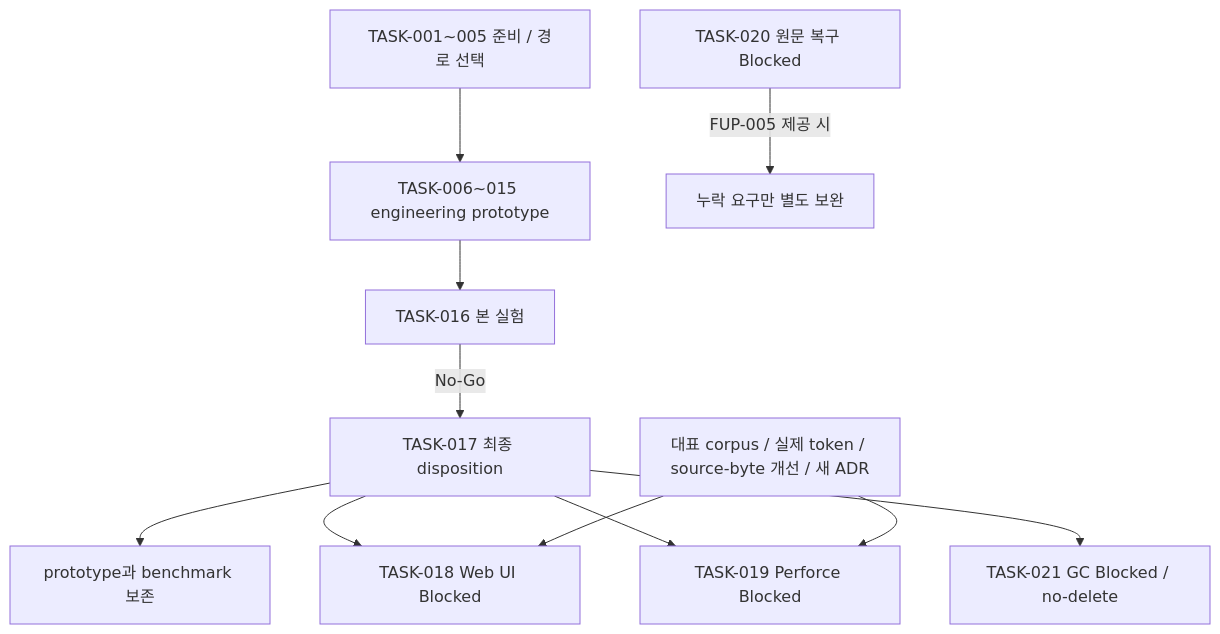
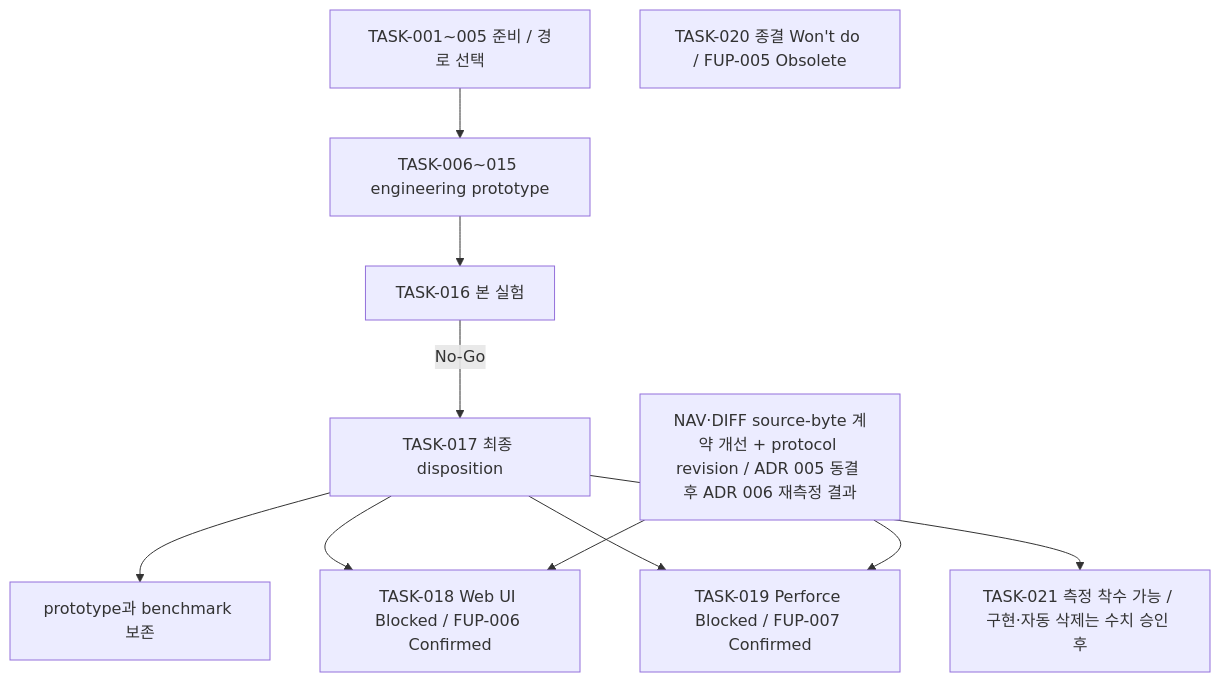
Before and after one commit to jaywapp/code-virtualize: the diagram in docs/prepare/plan.md, drawn with Mermaid. The commit also changed other lines of this file and 3 other files, not shown here.

First line of the commit message:
docs: sync plan, architecture, and design with confirmed follow-ups

````diff
--- a/docs/prepare/plan.md
+++ b/docs/prepare/plan.md
@@ -29,13 +29,13 @@
 ```mermaid
 flowchart TD
     P[TASK-001~005 준비 / 경로 선택] --> F[TASK-006~015 engineering prototype]
     F --> B[TASK-016 본 실험]
     B -->|No-Go| N[TASK-017 최종 disposition]
     N --> A[prototype과 benchmark 보존]
-    N --> U[TASK-018 Web UI Blocked]
-    N --> V[TASK-019 Perforce Blocked]
-    N --> K[TASK-021 GC Blocked / no-delete]
-    O[TASK-020 원문 복구 Blocked] -->|FUP-005 제공 시| H[누락 요구만 별도 보완]
-    R[대표 corpus / 실제 token / source-byte 개선 / 새 ADR] --> U
+    N --> U[TASK-018 Web UI Blocked / FUP-006 Confirmed]
+    N --> V[TASK-019 Perforce Blocked / FUP-007 Confirmed]
+    N --> K[TASK-021 측정 착수 가능 / 구현·자동 삭제는 수치 승인 후]
+    O[TASK-020 종결 Won't do / FUP-005 Obsolete]
+    R[NAV·DIFF source-byte 계약 개선 + protocol revision / ADR 005 동결 후 ADR 006 재측정 결과] --> U
     R --> V
 ```
````
